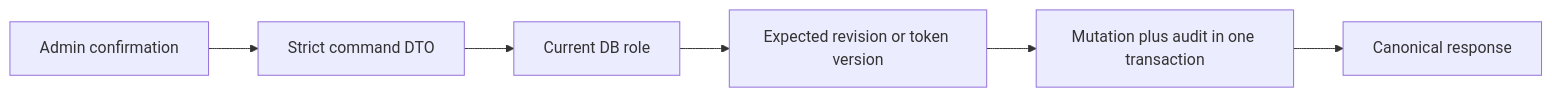
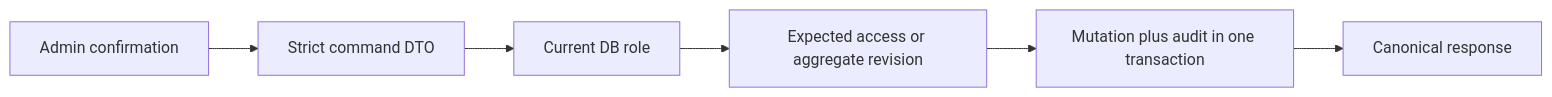
Before and after one commit to BigZet/AMLautosim: the fourth of 5 diagrams in docs/security.md, drawn with Mermaid. The commit also changed other lines of this file and 179 other files, not shown here.

````diff
--- a/docs/security.md
+++ b/docs/security.md
@@ -230,8 +232,8 @@
 ```mermaid
 flowchart LR
     ui["Admin confirmation"] --> dto["Strict command DTO"]
     dto --> rbac["Current DB role"]
-    rbac --> conflict["Expected revision or token version"]
+    rbac --> conflict["Expected access or aggregate revision"]
     conflict --> transaction["Mutation plus audit in one transaction"]
     transaction --> response["Canonical response"]
 ```
````
